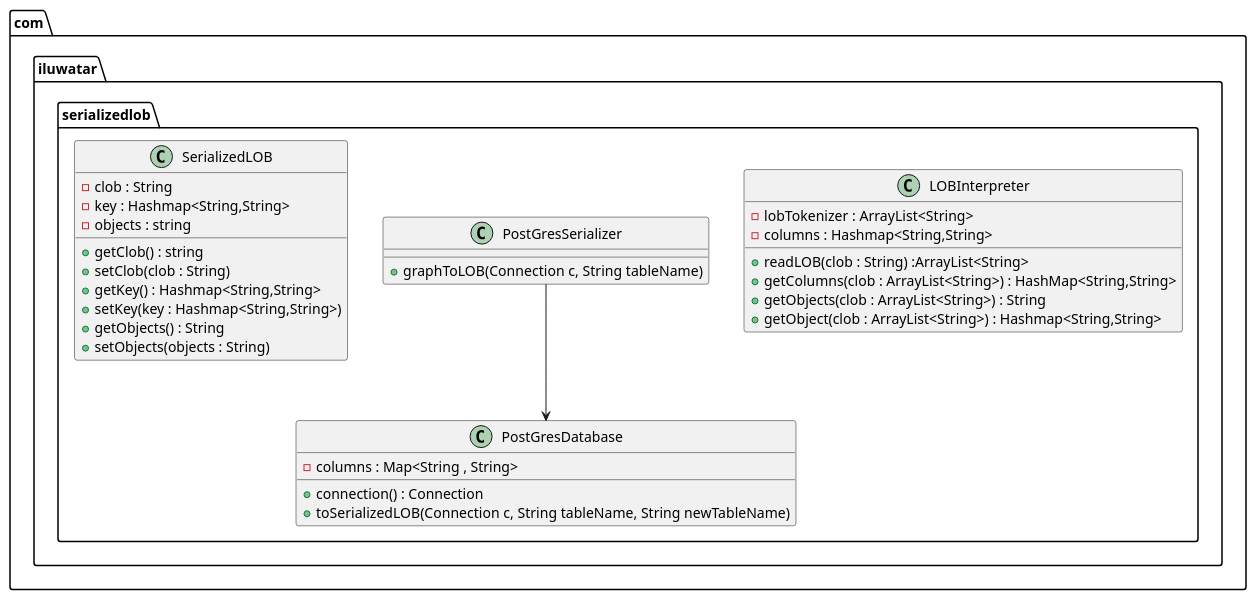
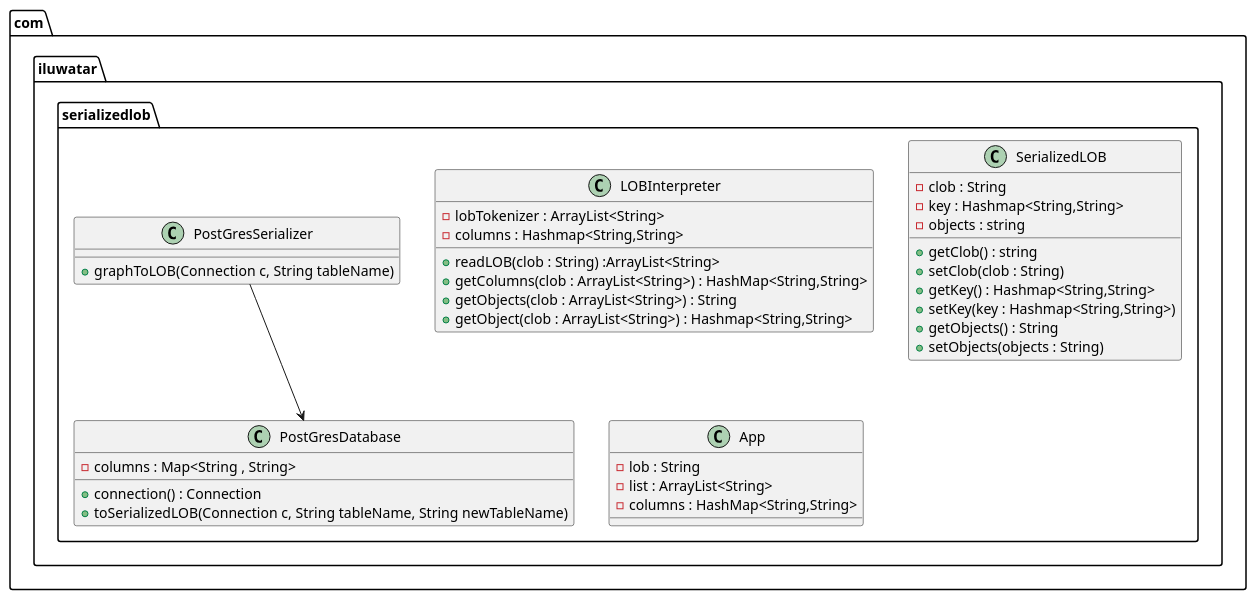
One commit to iluwatar/java-design-patterns changed the diagram in serialized-lob/etc/serialized-lob.urm.puml. Above: the diagram before and after it, drawn with PlantUML. The commit also changed 4 other files, not shown here.

```diff
--- a/serialized-lob/etc/serialized-lob.urm.puml
+++ b/serialized-lob/etc/serialized-lob.urm.puml
@@ -1,37 +1,43 @@
 @startuml
 package com.iluwatar.serializedlob {
   class LOBInterpreter {
     - lobTokenizer : ArrayList<String>
     - columns : Hashmap<String,String>
     + readLOB(clob : String) :ArrayList<String>
     + getColumns(clob : ArrayList<String>) : HashMap<String,String>
     + getObjects(clob : ArrayList<String>) : String
     + getObject(clob : ArrayList<String>) : Hashmap<String,String>
   }
 
   class PostGresDatabase{
     - columns : Map<String , String>
     + connection() : Connection
     + toSerializedLOB(Connection c, String tableName, String newTableName)
   }
 
   class PostGresSerializer{
     + graphToLOB(Connection c, String tableName)
   }
 
   class SerializedLOB{
     - clob : String
     - key : Hashmap<String,String>
     - objects : string
     + getClob() : string
     + setClob(clob : String)
     + getKey() : Hashmap<String,String>
     + setKey(key : Hashmap<String,String>)
     + getObjects() : String
     + setObjects(objects : String)
     }
+
+   class App{
+    - lob : String
+    - list : ArrayList<String>
+    - columns : HashMap<String,String>
+   }
 }
 
 PostGresSerializer --> PostGresDatabase
 
 @enduml
```
